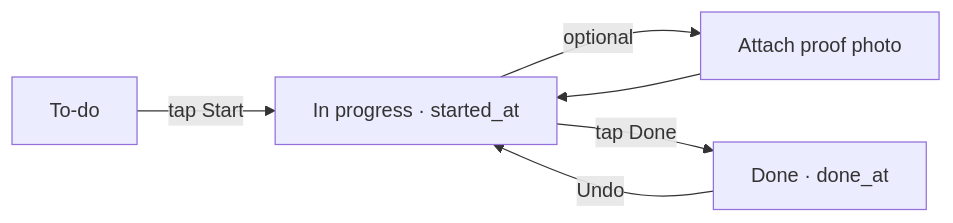
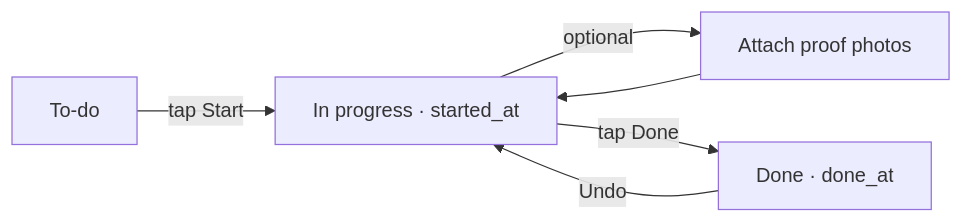
Before and after one commit to nolanle-gmail/pho-ha-noi: diagram 15 of 16 in docs/HANDBOOK.md, drawn with Mermaid. The commit also changed other lines of this file and 9 other files, not shown here.

First line of the commit message:
Day tasks: multiple proof photos + manager gallery

````diff
--- a/docs/HANDBOOK.md
+++ b/docs/HANDBOOK.md
@@ -907,8 +909,8 @@
 ```mermaid
 flowchart LR
   TODO[To-do] -->|tap Start| PROG[In progress · started_at]
-  PROG -->|optional| PHOTO[Attach proof photo]
+  PROG -->|optional| PHOTO[Attach proof photos]
   PHOTO --> PROG
   PROG -->|tap Done| DONE[Done · done_at]
   DONE -->|Undo| PROG
 ```
````
